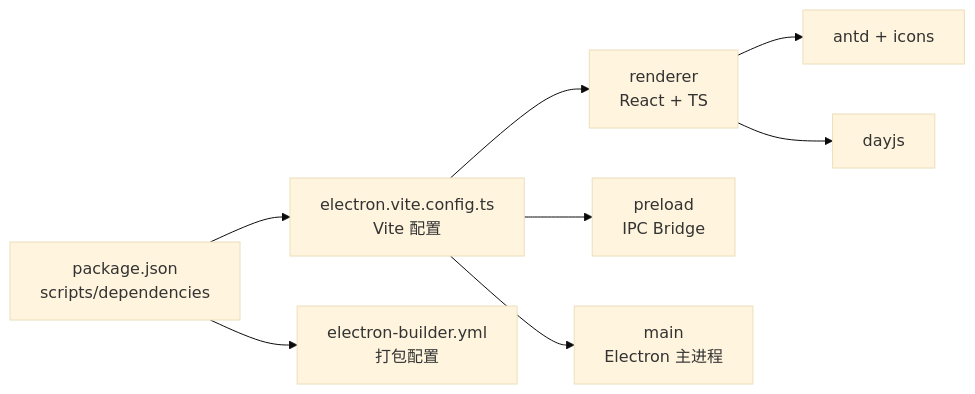
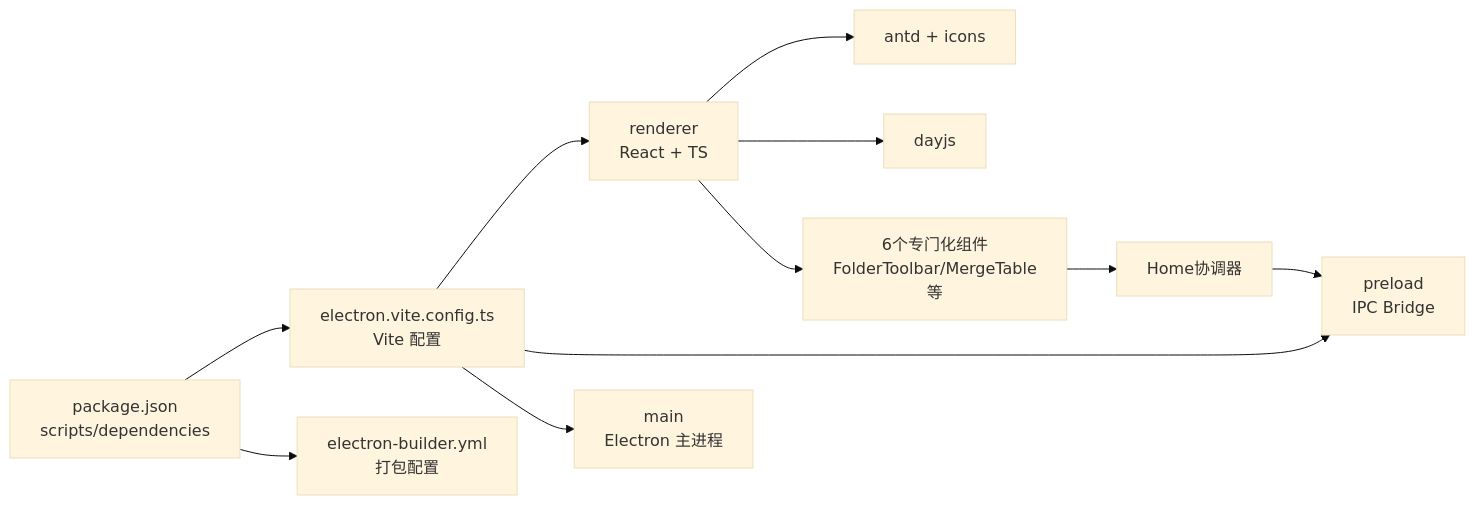
One commit to HoarfrostKimi/Video-Merger changed the fifth of 5 diagrams in .qoder/repowiki/zh/content/架构设计/渲染进程架构.md. Above: the diagram before and after it, drawn with Mermaid (base theme). The commit also changed other lines of this file and 43 other files, not shown here.

````diff
--- a/.qoder/repowiki/zh/content/架构设计/渲染进程架构.md
+++ b/.qoder/repowiki/zh/content/架构设计/渲染进程架构.md
@@ -243,10 +384,13 @@
 ```mermaid
 graph LR
 PKG["package.json<br/>scripts/dependencies"] --> EVITE["electron.vite.config.ts<br/>Vite 配置"]
 EVITE --> RENDERER["renderer<br/>React + TS"]
 EVITE --> PRELOAD["preload<br/>IPC Bridge"]
 EVITE --> MAIN["main<br/>Electron 主进程"]
 PKG --> EB["electron-builder.yml<br/>打包配置"]
 RENDERER --> UI["antd + icons"]
 RENDERER --> DAYJS["dayjs"]
+RENDERER --> COMPONENTS["6个专门化组件<br/>FolderToolbar/MergeTable等"]
+COMPONENTS --> HOME["Home协调器"]
+HOME --> PRELOAD
 ```
````
